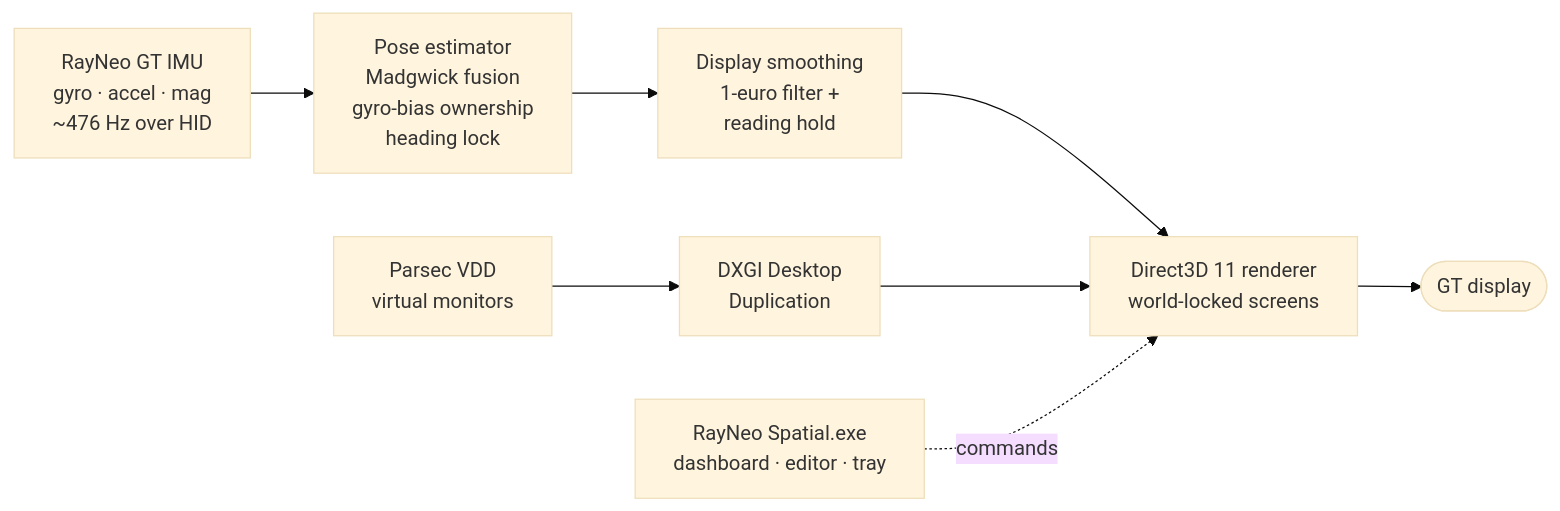
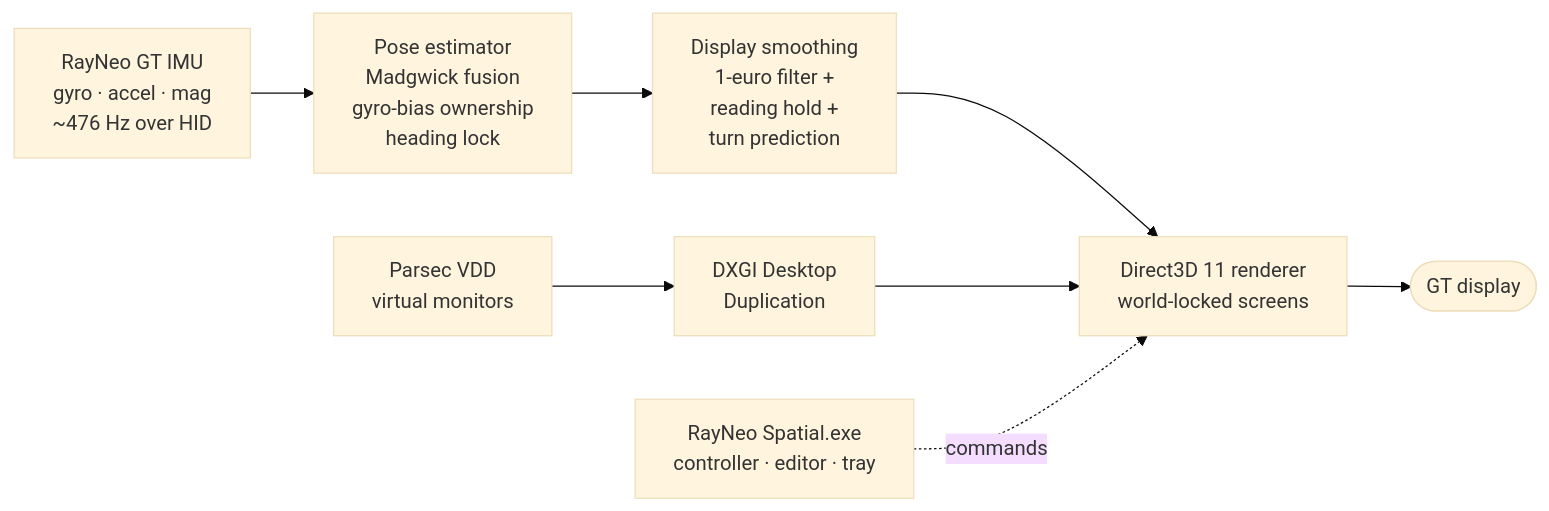
The diagram in README.md (AkshayReddyGujjula/Rayneo-Spatial-App), drawn with Mermaid (base theme) before and after one commit. The commit also changed other lines of this file and 1 other file, not shown here.

````diff
--- a/README.md
+++ b/README.md
@@ -81,10 +82,10 @@
 ```mermaid
 flowchart LR
     IMU["RayNeo GT IMU<br/>gyro · accel · mag<br/>~476 Hz over HID"] --> EST["Pose estimator<br/>Madgwick fusion<br/>gyro-bias ownership<br/>heading lock"]
-    EST --> SMOOTH["Display smoothing<br/>1-euro filter +<br/>reading hold"]
+    EST --> SMOOTH["Display smoothing<br/>1-euro filter +<br/>reading hold +<br/>turn prediction"]
     SMOOTH --> R["Direct3D 11 renderer<br/>world-locked screens"]
     VDD["Parsec VDD<br/>virtual monitors"] --> CAP["DXGI Desktop<br/>Duplication"]
     CAP --> R
     R --> GLASSES(["GT display"])
-    UI["RayNeo Spatial.exe<br/>dashboard · editor · tray"] -. commands .-> R
+    UI["RayNeo Spatial.exe<br/>controller · editor · tray"] -. commands .-> R
 ```
````
